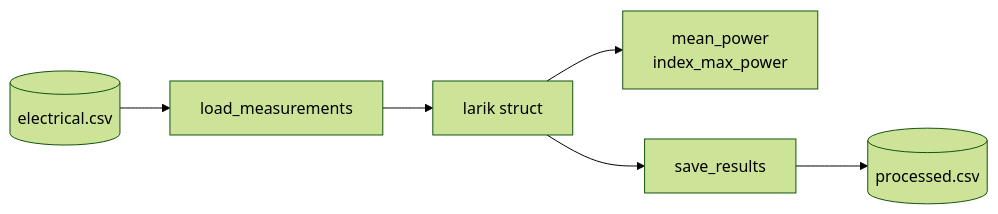
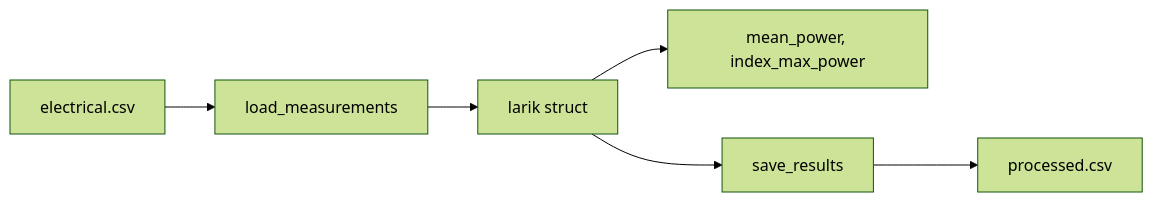
One commit to artnugraha/algoritma-pemrograman changed the second of 2 diagrams in Catatan-Kuliah/materi-07.md. Above: the diagram before and after it, drawn with Mermaid (forest theme). The commit also changed other lines of this file and 2 other files, not shown here.

````diff
--- a/Catatan-Kuliah/materi-07.md
+++ b/Catatan-Kuliah/materi-07.md
@@ -406,8 +403,8 @@
 ```mermaid
 flowchart LR
-    IN[("electrical.csv")] --> LOAD["load_measurements"]
-    LOAD --> ARR["larik struct"]
-    ARR --> AN["mean_power<br/>index_max_power"]
-    ARR --> SAVE["save_results"]
-    SAVE --> OUT[("processed.csv")]
+    A["electrical.csv"] --> B["load_measurements"]
+    B --> C["larik struct"]
+    C --> D["mean_power, index_max_power"]
+    C --> E["save_results"]
+    E --> F["processed.csv"]
 ```
````
